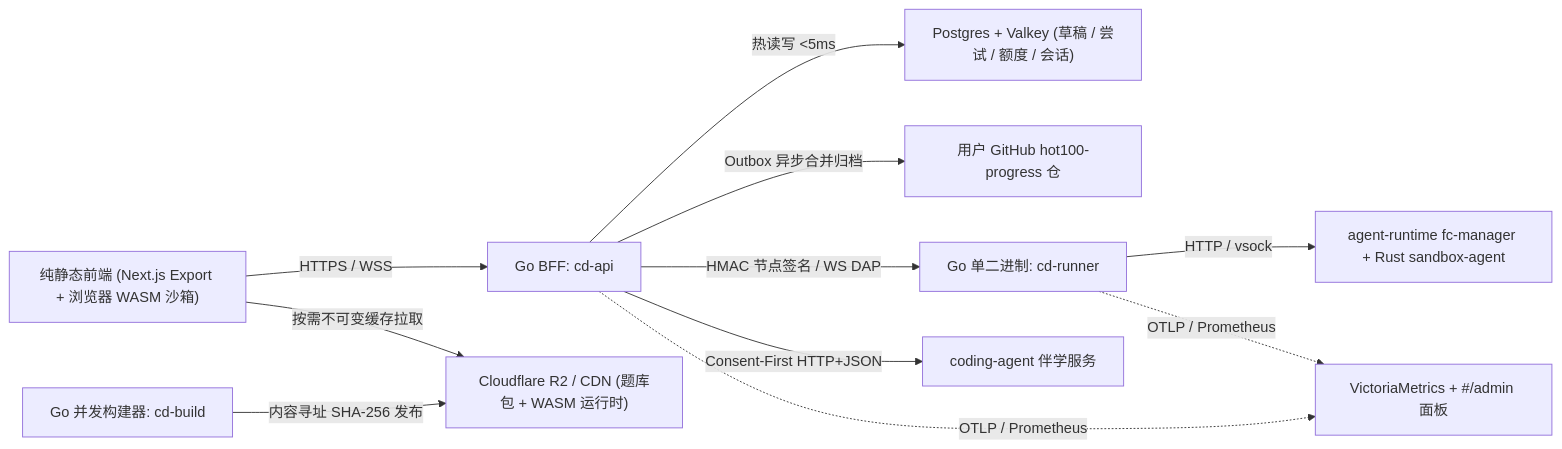
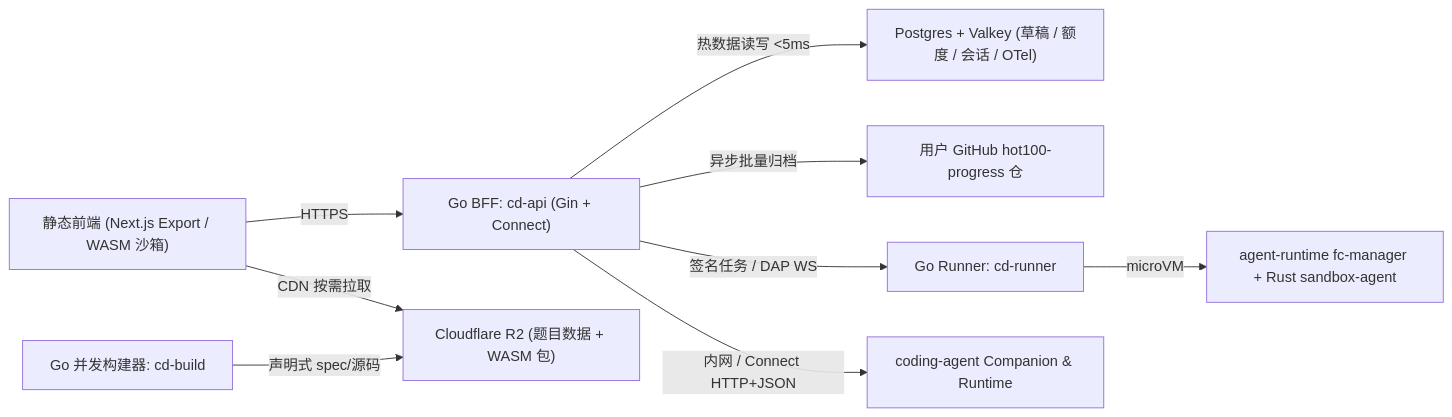
Before and after one commit to Hanwen-Jiang/coding-dance: the diagram in docs/architecture-modernization-plan.md, drawn with Mermaid. The commit also changed other lines of this file and 516 other files, not shown here.

````diff
--- a/docs/architecture-modernization-plan.md
+++ b/docs/architecture-modernization-plan.md
@@ -26,13 +24,11 @@
 ```mermaid
 flowchart LR
-    WEB["纯静态前端 (Next.js Export + 浏览器 WASM 沙箱)"] -->|HTTPS / WSS| API["Go BFF: cd-api"]
-    API -->|热读写 <5ms| HOT["Postgres + Valkey (草稿 / 尝试 / 额度 / 会话)"]
-    API -->|Outbox 异步合并归档| GH["用户 GitHub hot100-progress 仓"]
-    API -->|HMAC 节点签名 / WS DAP| RUN["Go 单二进制: cd-runner"]
-    RUN -->|HTTP / vsock| FC["agent-runtime fc-manager + Rust sandbox-agent"]
-    API -->|Consent-First HTTP+JSON| CA["coding-agent 伴学服务"]
-    BUILD["Go 并发构建器: cd-build"] -->|内容寻址 SHA-256 发布| R2["Cloudflare R2 / CDN (题库包 + WASM 运行时)"]
-    WEB -->|按需不可变缓存拉取| R2
-    RUN -.->|OTLP / Prometheus| OBS["VictoriaMetrics + #/admin 面板"]
-    API -.->|OTLP / Prometheus| OBS
+    WEB["静态前端 (Next.js Export / WASM 沙箱)"] -->|HTTPS| BFF["Go BFF: cd-api (Gin + Connect)"]
+    BFF -->|热数据读写 <5ms| PG["Postgres + Valkey (草稿 / 额度 / 会话 / OTel)"]
+    BFF -->|异步批量归档| GH["用户 GitHub hot100-progress 仓"]
+    BFF -->|签名任务 / DAP WS| RUN["Go Runner: cd-runner"]
+    RUN -->|microVM| FC["agent-runtime fc-manager + Rust sandbox-agent"]
+    BFF -->|内网 / Connect HTTP+JSON| CA["coding-agent Companion & Runtime"]
+    CD_BUILD["Go 并发构建器: cd-build"] -->|声明式 spec/源码| R2["Cloudflare R2 (题目数据 + WASM 包)"]
+    WEB -->|CDN 按需拉取| R2
 ```
````
